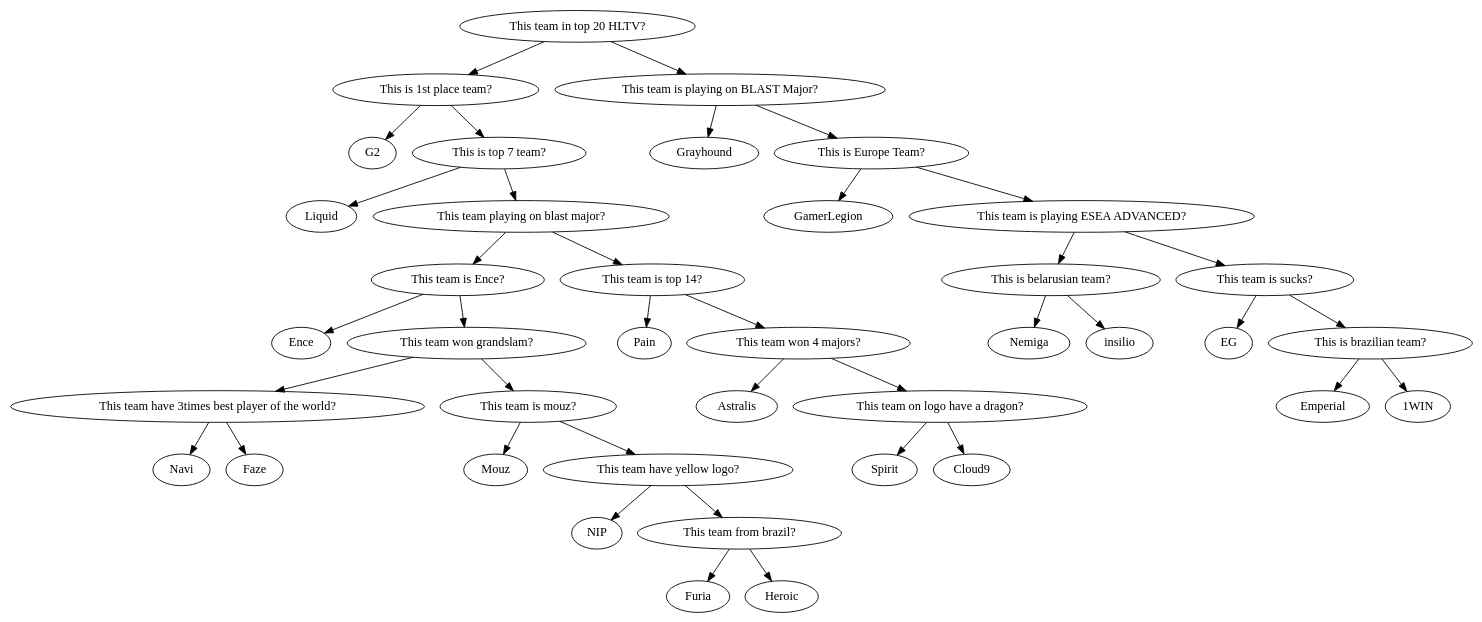
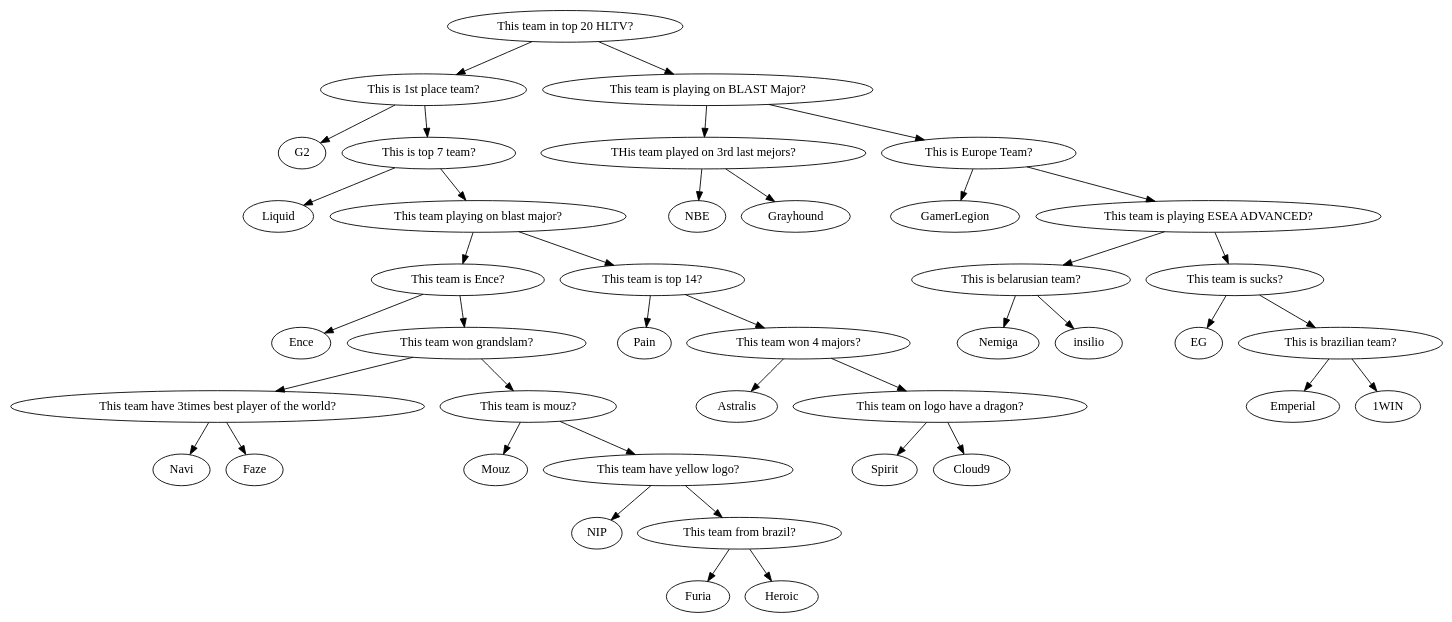
The diagram in src/Lab4/tree.dot (Ziraynov/Second-term), drawn with Graphviz before and after one commit. The commit also changed 5 other files, not shown here.

```diff
--- a/src/Lab4/tree.dot
+++ b/src/Lab4/tree.dot
@@ -1,116 +1,122 @@
 digraph G {
 "This team in top 20 HLTV?
 "-> "This is 1st place team?
 "
 "This is 1st place team?
 "-> "G2
 "
 "This is 1st place team?
 "-> "This is top 7 team?
 "
 "This is top 7 team?
 "-> "Liquid
 "
 "This is top 7 team?
 "-> "This team playing on blast major?
 "
 "This team playing on blast major?
 "-> "This team is Ence?
 "
 "This team is Ence?
 "-> "Ence
 "
 "This team is Ence?
 "-> "This team won grandslam?
 "
 "This team won grandslam?
 "-> "This team have 3times best player of the world?
 "
 "This team have 3times best player of the world?
 "-> "Navi
 "
 "This team have 3times best player of the world?
 "-> "Faze
 "
 "This team won grandslam?
 "-> "This team is mouz?
 "
 "This team is mouz?
 "-> "Mouz
 "
 "This team is mouz?
 "-> "This team have yellow logo?
 "
 "This team have yellow logo?
 "-> "NIP
 "
 "This team have yellow logo?
 "-> "This team from brazil?
 "
 "This team from brazil?
 "-> "Furia
 "
 "This team from brazil?
 "-> "Heroic
 "
 "This team playing on blast major?
 "-> "This team is top 14?
 "
 "This team is top 14?
 "-> "Pain
 "
 "This team is top 14?
 "-> "This team won 4 majors?
 "
 "This team won 4 majors?
 "-> "Astralis
 "
 "This team won 4 majors?
 "-> "This team on logo have a dragon?
 "
 "This team on logo have a dragon?
 "-> "Spirit
 "
 "This team on logo have a dragon?
 "-> "Cloud9
 "
 "This team in top 20 HLTV?
 "-> "This team is playing on BLAST Major?
 "
 "This team is playing on BLAST Major?
+"-> "THis team played on 3rd last mejors?
+"
+"THis team played on 3rd last mejors?
+"-> "NBE
+"
+"THis team played on 3rd last mejors?
 "-> "Grayhound
 "
 "This team is playing on BLAST Major?
 "-> "This is Europe Team?
 "
 "This is Europe Team?
 "-> "GamerLegion
 "
 "This is Europe Team?
 "-> "This team is playing ESEA ADVANCED?
 "
 "This team is playing ESEA ADVANCED?
 "-> "This is belarusian team?
 "
 "This is belarusian team?
 "-> "Nemiga
 "
 "This is belarusian team?
 "-> "insilio
 "
 "This team is playing ESEA ADVANCED?
 "-> "This team is sucks?
 "
 "This team is sucks?
 "-> "EG
 "
 "This team is sucks?
 "-> "This is brazilian team?
 "
 "This is brazilian team?
 "-> "Emperial
 "
 "This is brazilian team?
 "-> "1WIN
 "
 }
```
